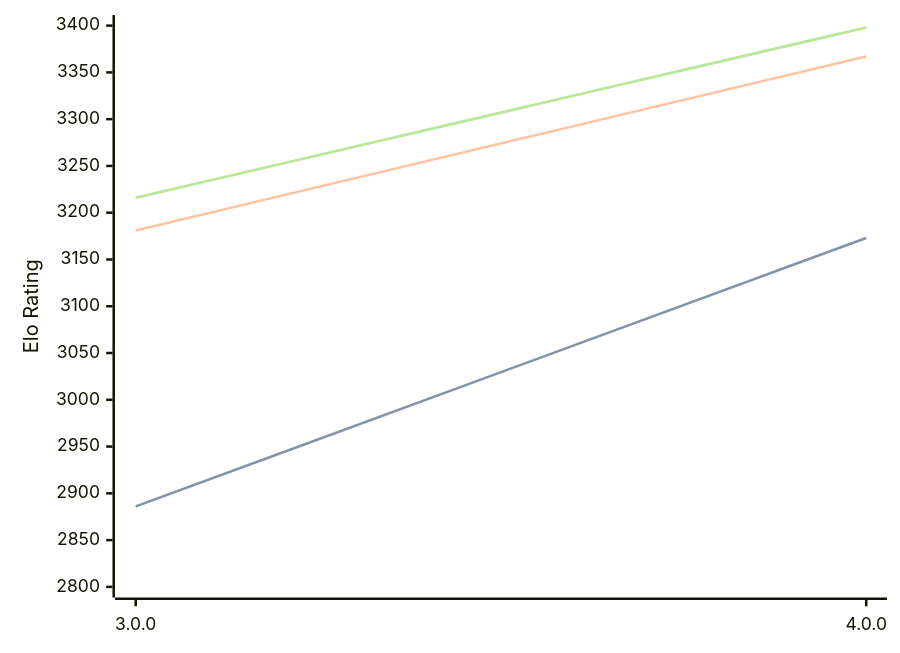
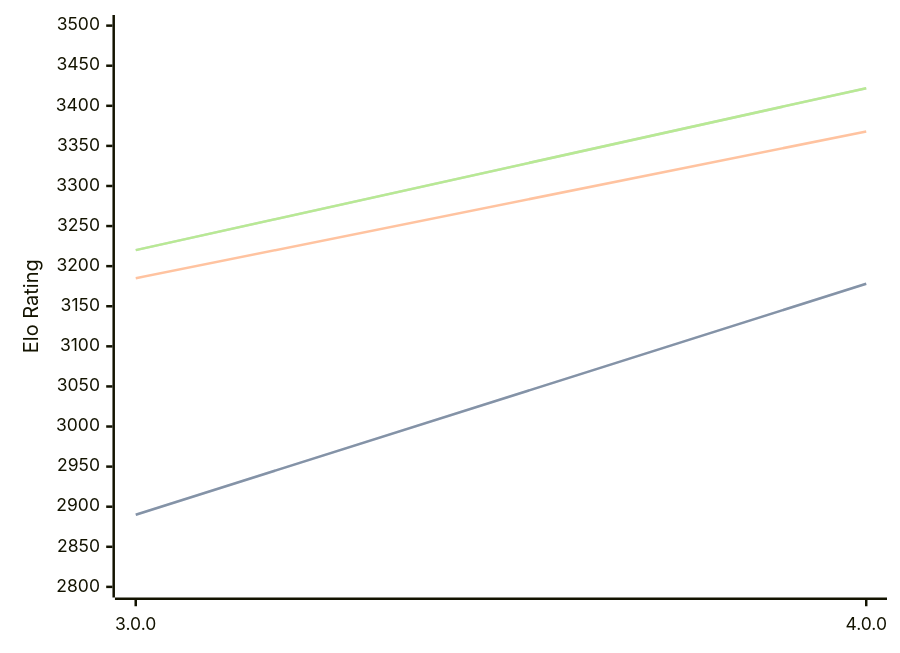
One commit to computer-chess-index/cci changed the diagram in engines/Avalanche.md. Above: the diagram before and after it, drawn with Mermaid. The commit also changed other lines of this file, not shown here.

Commit message:
Update CCI Ratings (ELO VLTC) - 2026-08-18

````diff
--- a/engines/Avalanche.md
+++ b/engines/Avalanche.md
@@ -32,11 +32,11 @@
 ```mermaid
 %%{init: {"theme":"base","themeVariables":{"seriesColors:['#a3a3a3','#222221','#faa371']}}}%%
 xychart-beta
   x-axis ["3.0.0", "4.0.0"]
-  y-axis "Elo Rating" 2800 --> 3400
-  line "STC (8.0+0.08s)" [2886, 3173]
-  line "STC (8.0+0.08s)" [2886, 3173]
-  line "LTC (60.0+0.60s)" [3181, 3367]
-  line "VLTC (2m24s+1.12s)" [3216, 3398]
-  line "VLTC (2m24s+1.12s)" [3216, 3398]
+  y-axis "Elo Rating" 2800 --> 3500
+  line "STC (8.0+0.08s)" [2890, 3178]
+  line "STC (8.0+0.08s)" [2890, 3178]
+  line "LTC (60.0+0.60s)" [3185, 3368]
+  line "VLTC (2m24s+1.12s)" [3220, 3422]
+  line "VLTC (2m24s+1.12s)" [3220, 3422]
 ```
````
